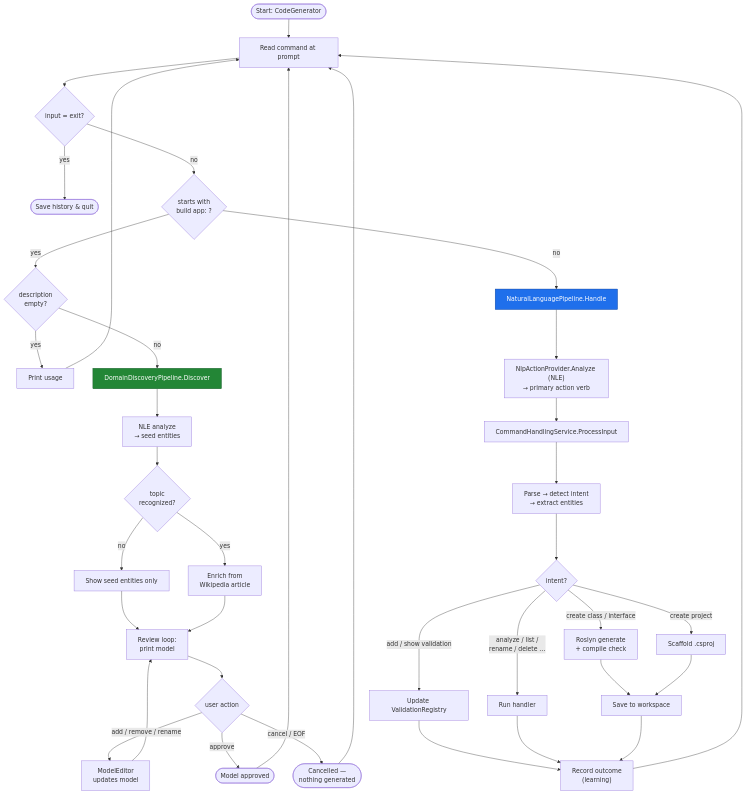
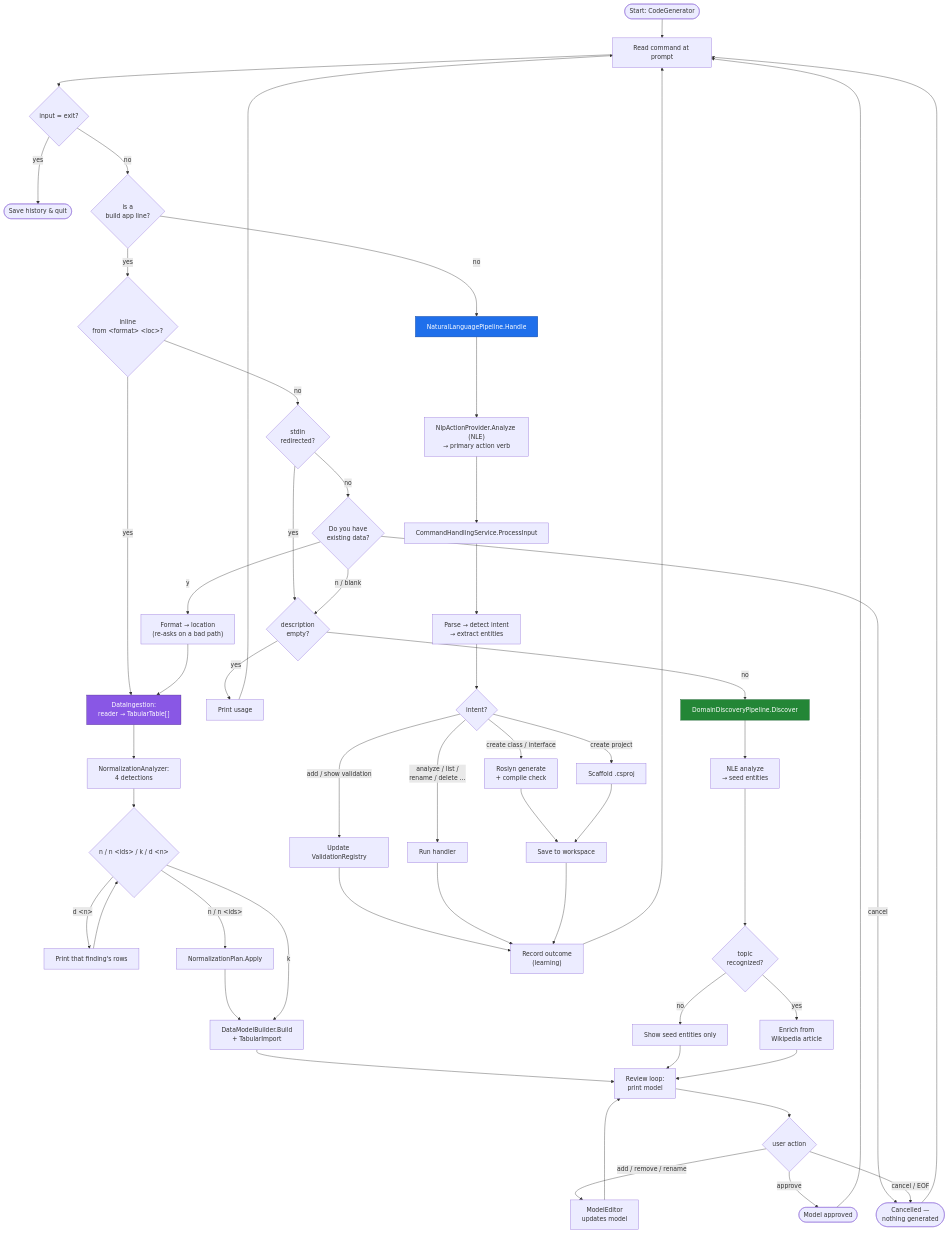
One commit to rohit-sharma444/SmartCodeGenerator changed the first of 7 diagrams in docs/architecture.md. Above: the diagram before and after it, drawn with Mermaid. The commit also changed other lines of this file and 8 other files, not shown here.

First line of the commit message:
docs: cover building an app from existing data

````diff
--- a/docs/architecture.md
+++ b/docs/architecture.md
@@ -25,42 +35,62 @@
 ```mermaid
 flowchart TD
     start([Start: CodeGenerator]) --> read["Read command at prompt"]
     read --> exit{"input = exit?"}
     exit -- yes --> quit([Save history &amp; quit])
-    exit -- no --> isbuild{"starts with<br/>build app: ?"}
+    exit -- no --> isbuild{"is a<br/>build app line?"}
+
+    %% Front step: does the user already have data?
+    isbuild -- yes --> src{"inline<br/>from &lt;format&gt; &lt;loc&gt;?"}
+    src -- yes --> readdata["DataIngestion:<br/>reader → TabularTable[]"]
+    src -- no --> piped{"stdin<br/>redirected?"}
+    piped -- yes --> desc
+    piped -- no --> ask{"Do you have<br/>existing data?"}
+    ask -- "n / blank" --> desc
+    ask -- cancel --> cancelled
+    ask -- y --> interview["Format → location<br/>(re-asks on a bad path)"]
+    interview --> readdata
+
+    %% Data path
+    readdata --> norm["NormalizationAnalyzer:<br/>4 detections"]
+    norm --> choose{"n / n &lt;ids&gt; / k / d &lt;n&gt;"}
+    choose -- "d &lt;n&gt;" --> detail["Print that finding's rows"] --> choose
+    choose -- "n / n &lt;ids&gt;" --> apply["NormalizationPlan.Apply"] --> build2
+    choose -- k --> build2["DataModelBuilder.Build<br/>+ TabularImport"]
+    build2 --> review
 
     %% Discovery path
-    isbuild -- yes --> desc{"description<br/>empty?"}
+    desc{"description<br/>empty?"}
     desc -- yes --> usage["Print usage"] --> read
     desc -- no --> discover["DomainDiscoveryPipeline.Discover"]
     discover --> nle1["NLE analyze<br/>→ seed entities"]
     nle1 --> recog{"topic<br/>recognized?"}
     recog -- no --> seedonly["Show seed entities only"]
     recog -- yes --> enrich["Enrich from<br/>Wikipedia article"]
     seedonly --> review["Review loop:<br/>print model"]
     enrich --> review
     review --> action{"user action"}
     action -- "add / remove / rename" --> edit["ModelEditor<br/>updates model"] --> review
     action -- approve --> approved([Model approved]) --> read
     action -- "cancel / EOF" --> cancelled([Cancelled —<br/>nothing generated]) --> read
 
     %% Command path
     isbuild -- no --> handle["NaturalLanguagePipeline.Handle"]
     handle --> nle2["NlpActionProvider.Analyze (NLE)<br/>→ primary action verb"]
     nle2 --> process["CommandHandlingService.ProcessInput"]
     process --> parse["Parse → detect intent<br/>→ extract entities"]
     parse --> dispatch{"intent?"}
     dispatch -- "create class / interface" --> genclass["Roslyn generate<br/>+ compile check"]
     dispatch -- "create project" --> genproj["Scaffold .csproj"]
     dispatch -- "add / show validation" --> val["Update ValidationRegistry"]
     dispatch -- "analyze / list /<br/>rename / delete …" --> other["Run handler"]
     genclass --> save["Save to workspace"]
     genproj --> save
     val --> record["Record outcome<br/>(learning)"]
     other --> record
     save --> record
     record --> read
 
     style discover fill:#238636,stroke:#0f5323,color:#fff
     style handle fill:#1f6feb,stroke:#0b3d91,color:#fff
+    style readdata fill:#8957e5,stroke:#4c2889,color:#fff
 ```
````
